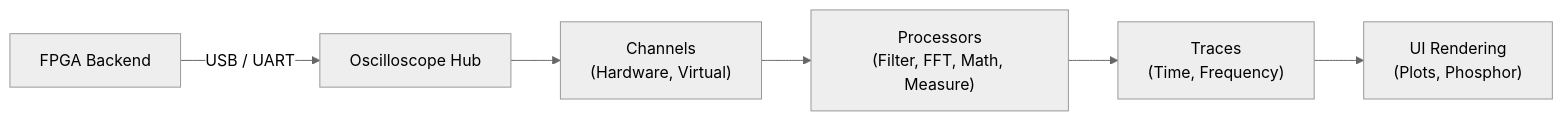
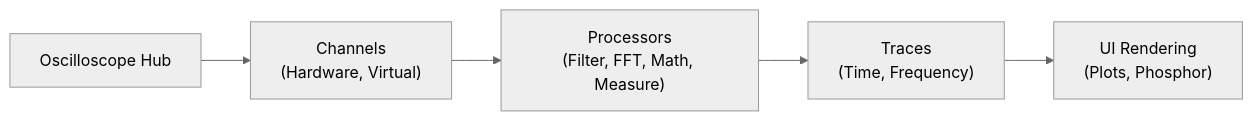
The first of 2 diagrams in README.md (wavius/Scoped), drawn with Mermaid (neutral theme) before and after one commit. The commit also changed other lines of this file and 1 other file, not shown here.

Commit message:
update architecture doc and readme to include hdl info

````diff
--- a/README.md
+++ b/README.md
@@ -135,8 +139,7 @@
 ```mermaid
 flowchart LR
-    HW[FPGA Backend] -->|USB / UART| OSC[Oscilloscope Hub]
-    OSC --> CH["Channels<br/>(Hardware, Virtual)"]
+    OSC[Oscilloscope Hub] --> CH["Channels<br/>(Hardware, Virtual)"]
     CH --> PR["Processors<br/>(Filter, FFT, Math, Measure)"]
     PR --> TR["Traces<br/>(Time, Frequency)"]
     TR --> UI["UI Rendering<br/>(Plots, Phosphor)"]
 ```
````
